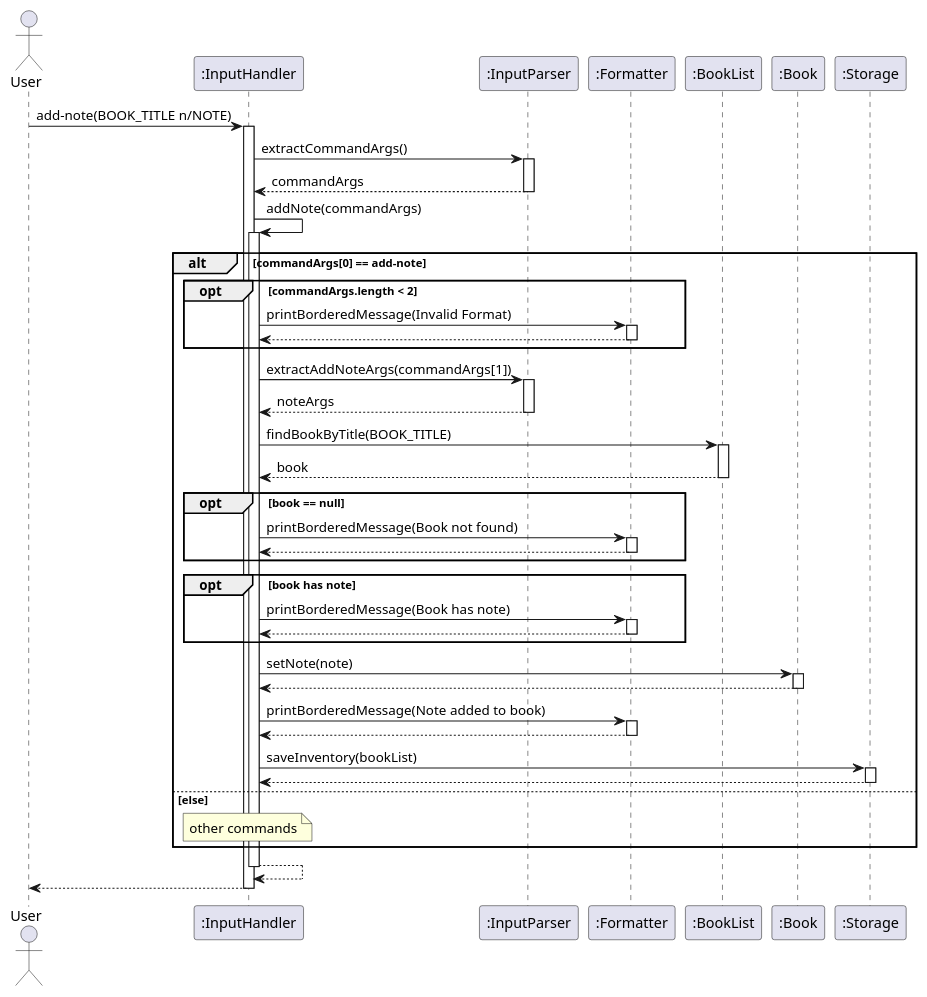
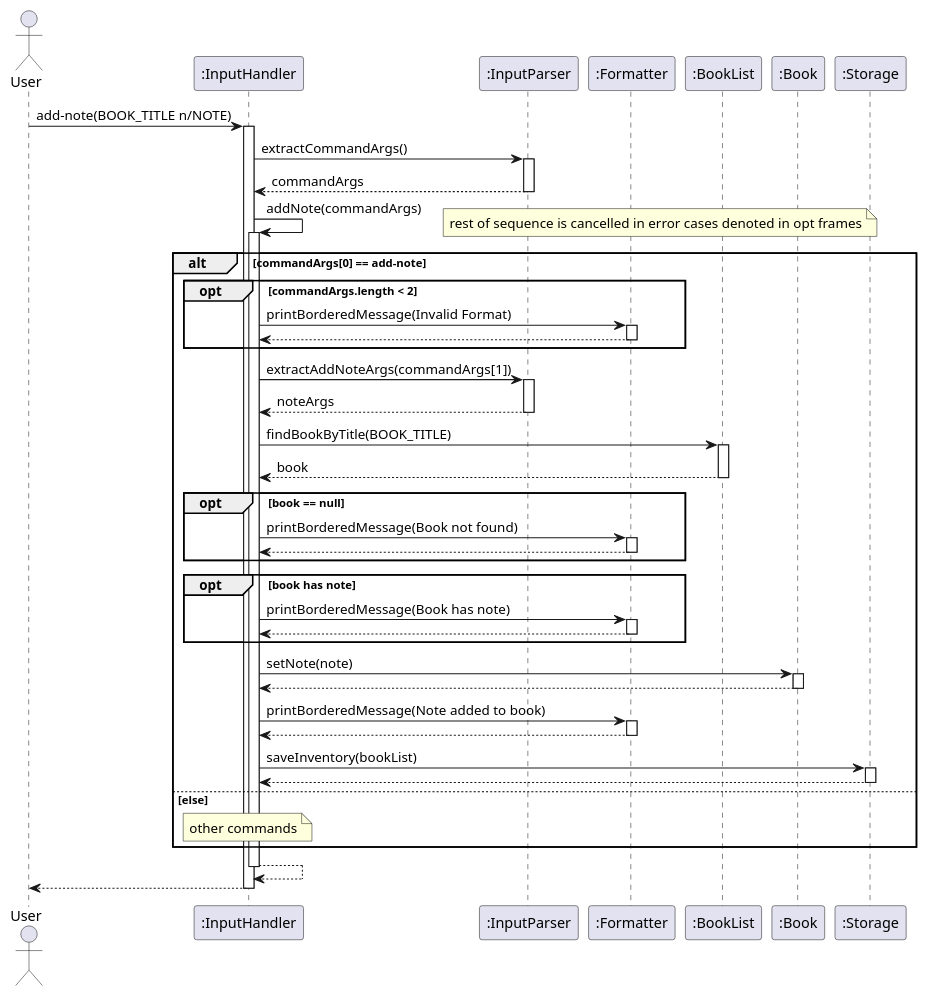
The diagram in docs/diagrams/addNote.puml (AY2425S2-CS2113-T12-2/tp), drawn with PlantUML before and after one commit. The commit also changed 8 other files, not shown here.

```diff
--- a/docs/diagrams/addNote.puml
+++ b/docs/diagrams/addNote.puml
@@ -1,58 +1,61 @@
 @startuml
 autoactivate on
 
 actor User
 participant InputHandler as ":InputHandler"
 participant InputParser as ":InputParser"
 participant Formatter as ":Formatter"
 participant BookList as ":BookList"
 participant Book as ":Book"
 participant Storage as ":Storage"
 
 User -> InputHandler : add-note(BOOK_TITLE n/NOTE)
 InputHandler -> InputParser : extractCommandArgs()
 return commandArgs
 
 InputHandler -> InputHandler : addNote(commandArgs)
 
 alt commandArgs[0] == add-note 
-    opt commandArgs.length < 2 
+    opt commandArgs.length < 2
+        note right
+        rest of sequence is cancelled in error cases denoted in opt frames
+        end note
         InputHandler -> Formatter : printBorderedMessage(Invalid Format)
         return
     end
     
    
     InputHandler -> InputParser : extractAddNoteArgs(commandArgs[1])
     return noteArgs
 
     InputHandler -> BookList : findBookByTitle(BOOK_TITLE)
     return book
     
     opt book == null 
         InputHandler -> Formatter : printBorderedMessage(Book not found)
         return
     end
 
     opt book has note
         InputHandler -> Formatter : printBorderedMessage(Book has note)
         return
     end        
     
     InputHandler -> Book : setNote(note)
     return
 
     InputHandler -> Formatter : printBorderedMessage(Note added to book)
     return
 
     InputHandler -> Storage : saveInventory(bookList)
     return
 
 else else
 note over InputHandler : other commands
 
 end
 
 return
 return
 
 @enduml
```
